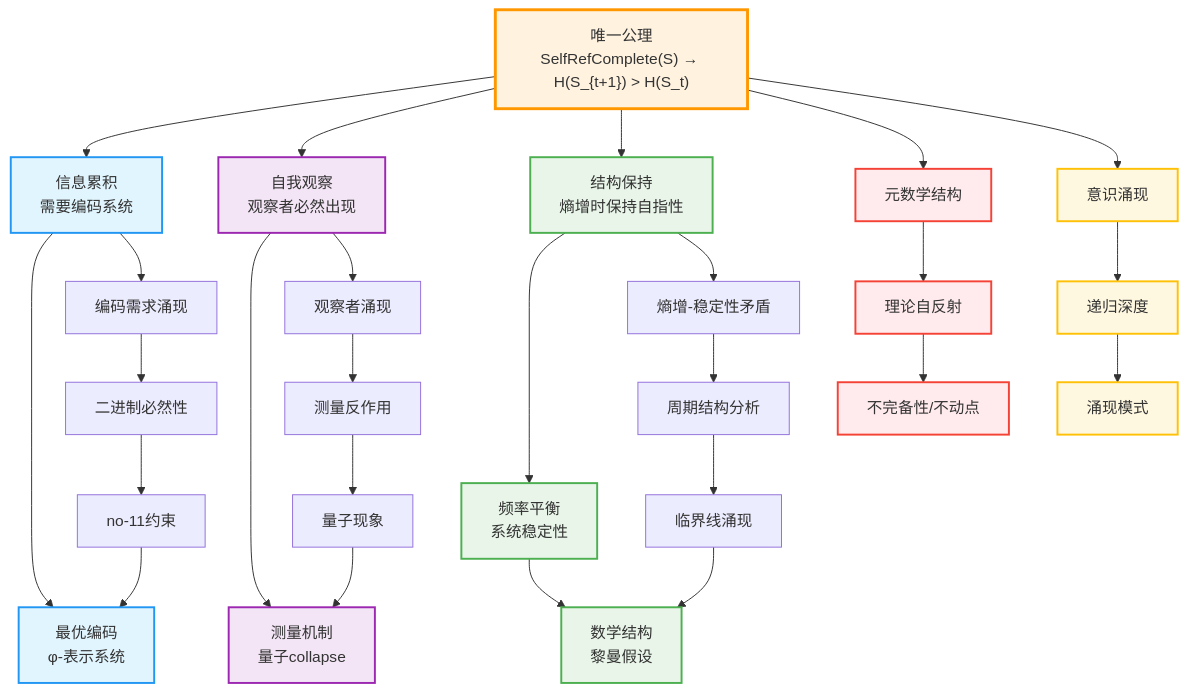
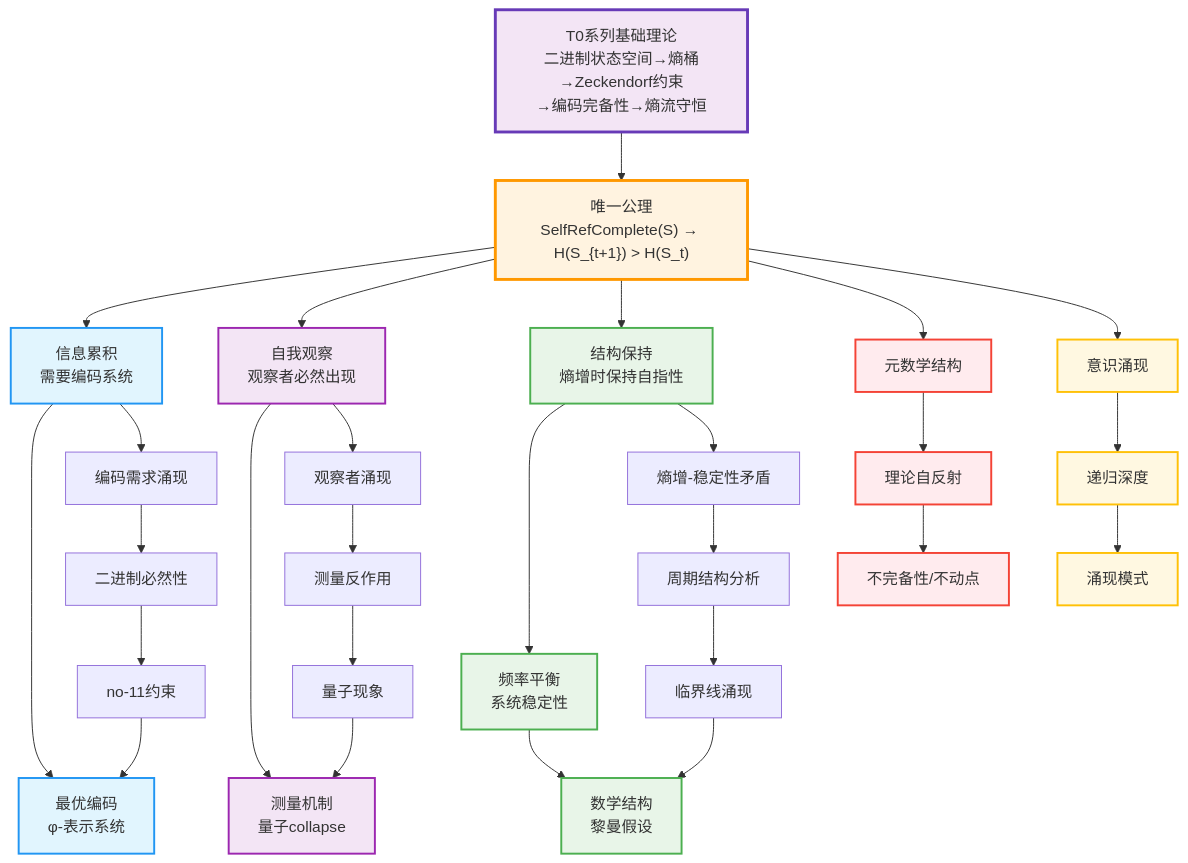
The diagram in src/binaryuniverse/README.md (loning/mbook-binary), drawn with Mermaid before and after one commit. The commit also changed other lines of this file and 35 other files, not shown here.

````diff
--- a/src/binaryuniverse/README.md
+++ b/src/binaryuniverse/README.md
@@ -472,48 +485,50 @@
 ```mermaid
 graph TD
-    A["唯一公理<br/>SelfRefComplete(S) → H(S_{t+1}) > H(S_t)"] --> B["信息累积<br/>需要编码系统"]
+    T0["T0系列基础理论<br/>二进制状态空间→熵桶→Zeckendorf约束<br/>→编码完备性→熵流守恒"] --> A["唯一公理<br/>SelfRefComplete(S) → H(S_{t+1}) > H(S_t)"]
+    A --> B["信息累积<br/>需要编码系统"]
     B --> C["最优编码<br/>φ-表示系统"]
     A --> D["自我观察<br/>观察者必然出现"]
     D --> E["测量机制<br/>量子collapse"]
     A --> H["结构保持<br/>熵增时保持自指性"]
     H --> F["频率平衡<br/>系统稳定性"]
     F --> G["数学结构<br/>黎曼假设"]
     
     B --> B1["编码需求涌现"]
     B1 --> B2["二进制必然性"]
     B2 --> B3["no-11约束"]
     B3 --> C
     
     D --> D1["观察者涌现"]
     D1 --> D2["测量反作用"]
     D2 --> D3["量子现象"]
     D3 --> E
     
     H --> H1["熵增-稳定性矛盾"]
     H1 --> H2["周期结构分析"]
     H2 --> H3["临界线涌现"]
     H3 --> G
     
     A --> I["元数学结构"]
     I --> J["理论自反射"]
     J --> K["不完备性/不动点"]
     
     A --> L["意识涌现"]
     L --> M["递归深度"]
     M --> N["涌现模式"]
 
+    style T0 fill:#f3e5f5,stroke:#673ab7,stroke-width:3px
     style A fill:#fff3e0,stroke:#ff9800,stroke-width:3px
     style B fill:#e1f5fe,stroke:#2196f3,stroke-width:2px
     style C fill:#e1f5fe,stroke:#2196f3,stroke-width:2px
     style D fill:#f3e5f5,stroke:#9c27b0,stroke-width:2px
     style E fill:#f3e5f5,stroke:#9c27b0,stroke-width:2px
     style H fill:#e8f5e8,stroke:#4caf50,stroke-width:2px
     style F fill:#e8f5e8,stroke:#4caf50,stroke-width:2px
     style G fill:#e8f5e8,stroke:#4caf50,stroke-width:2px
     style I fill:#ffebee,stroke:#f44336,stroke-width:2px
     style J fill:#ffebee,stroke:#f44336,stroke-width:2px
     style K fill:#ffebee,stroke:#f44336,stroke-width:2px
     style L fill:#fff8e1,stroke:#ffc107,stroke-width:2px
     style M fill:#fff8e1,stroke:#ffc107,stroke-width:2px
     style N fill:#fff8e1,stroke:#ffc107,stroke-width:2px
 ```
````
